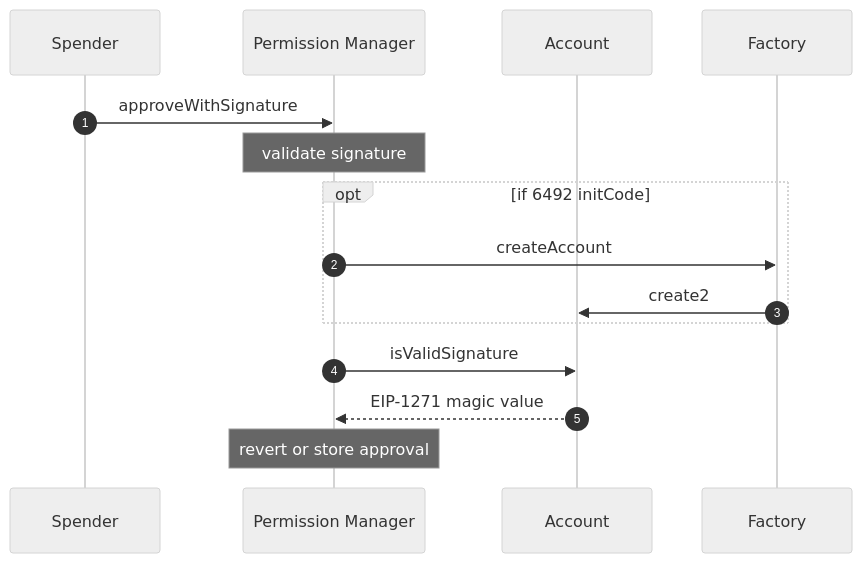
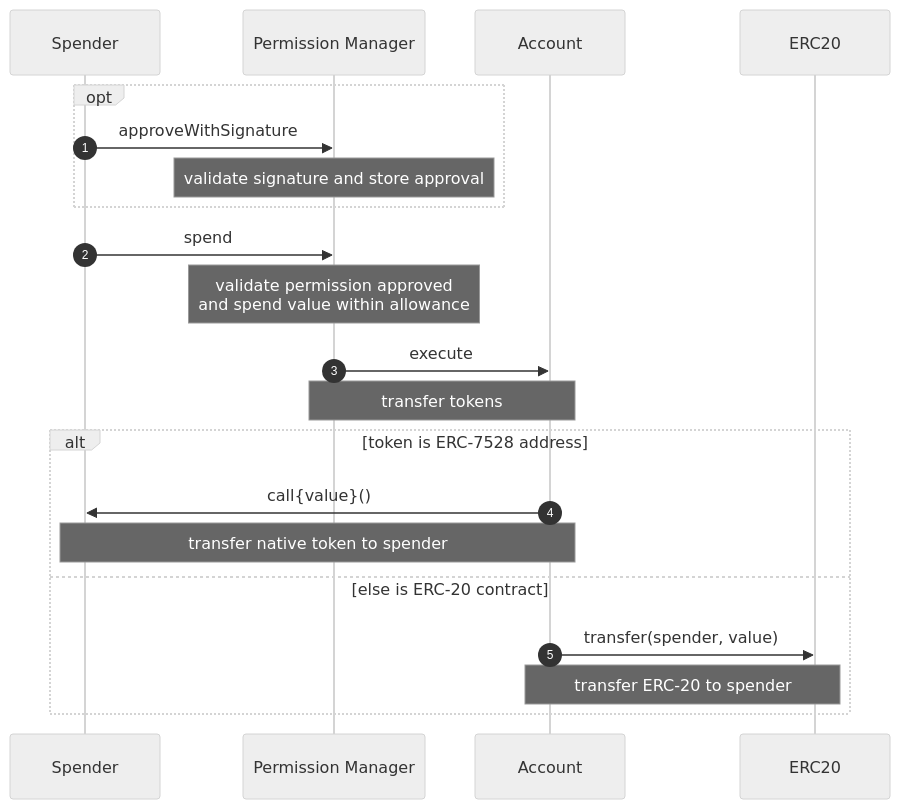
The second of 3 diagrams in README.md (coinbase/spend-permissions), drawn with Mermaid (neutral theme) before and after one commit. The commit also changed other lines of this file and 4 other files, not shown here.

````diff
--- a/README.md
+++ b/README.md
@@ -57,18 +63,24 @@
 ```mermaid
 sequenceDiagram
     autonumber
     participant S as Spender
     participant PM as Permission Manager
     participant A as Account
-    participant F as Factory
+    participant ERC20
 
-    S->>PM: approveWithSignature
-    Note over PM: validate signature
-    opt if 6492 initCode
-        PM->>F: createAccount
-        F->>A: create2
+    opt
+        S->>PM: approveWithSignature
+    Note over PM: validate signature and store approval
     end
-    PM->>A: isValidSignature
-    A-->>PM: EIP-1271 magic value
-    Note over PM: revert or store approval
+    S->>PM: spend
+    Note over PM: validate permission approved <br> and spend value within allowance
+    PM->>A: execute
+    Note over PM,A: transfer tokens
+    alt token is ERC-7528 address
+        A->>S: call{value}()
+        Note over A,S: transfer native token to spender
+    else else is ERC-20 contract
+        A->>ERC20: transfer(spender, value)
+        Note over A,ERC20: transfer ERC-20 to spender
+    end
 ```
````
